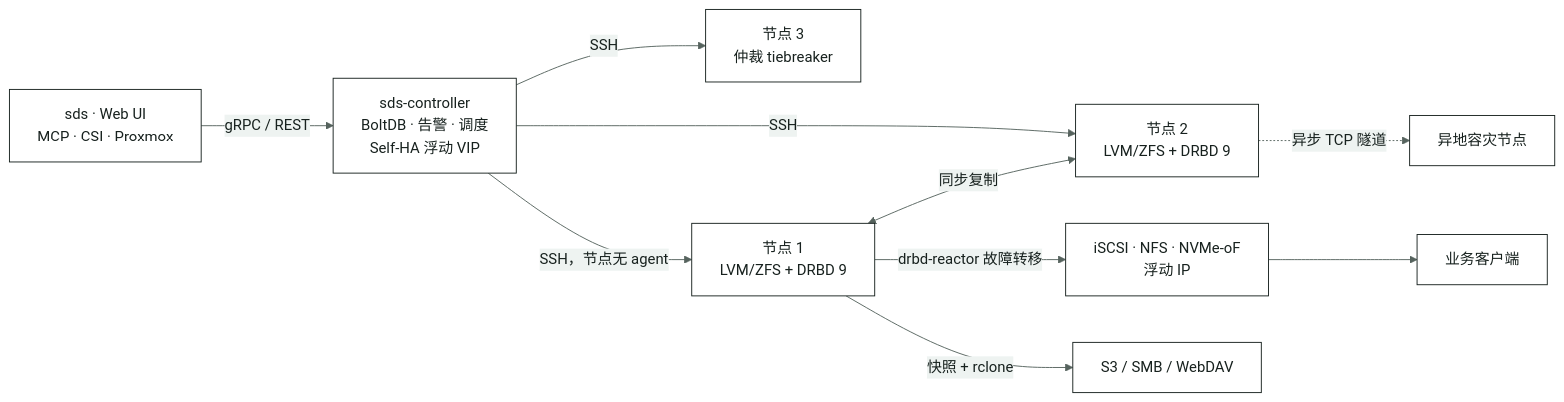
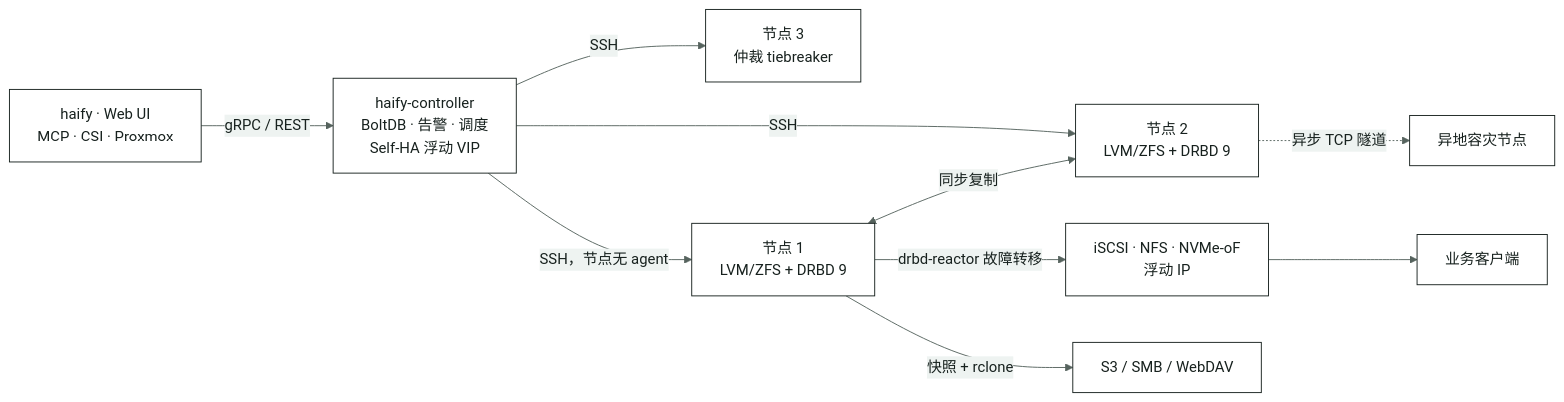
The diagram in docs/img/architecture-cn.mmd (haify-project/sds), drawn with Mermaid before and after one commit. The commit also changed 759 other files, not shown here.

Commit message:
Rename SDS to Haify throughout: commands, binaries, packages, identifiers, paths and the landing page

```diff
--- a/docs/img/architecture-cn.mmd
+++ b/docs/img/architecture-cn.mmd
@@ -1,13 +1,13 @@
 %%{init: {"theme": "base", "flowchart": {"curve": "basis", "wrappingWidth": 400}, "themeVariables": {"primaryColor": "#ffffff", "primaryBorderColor": "#17211e", "primaryTextColor": "#17211e", "lineColor": "#56635e", "edgeLabelBackground": "#eef3f1"}}}%%
 %% Source of architecture-cn.png. Regenerate with:
 %%   npx -p @mermaid-js/mermaid-cli mmdc -i architecture-cn.mmd -o architecture-cn.png -b white -s 2
 flowchart LR
-    clients["sds · Web UI<br>MCP · CSI · Proxmox"] -- gRPC / REST --> ctl["sds-controller<br>BoltDB · 告警 · 调度<br>Self-HA 浮动 VIP"]
+    clients["haify · Web UI<br>MCP · CSI · Proxmox"] -- gRPC / REST --> ctl["haify-controller<br>BoltDB · 告警 · 调度<br>Self-HA 浮动 VIP"]
     ctl -- SSH --> n2["节点 2<br>LVM/ZFS + DRBD 9"]
     ctl -- SSH --> n3["节点 3<br>仲裁 tiebreaker"]
     ctl -- "SSH，节点无 agent" --> n1["节点 1<br>LVM/ZFS + DRBD 9"]
     n1 <-- 同步复制 --> n2
     n2 -. 异步 TCP 隧道 .-> dr["异地容灾节点"]
     n1 -- drbd-reactor 故障转移 --> gw["iSCSI · NFS · NVMe-oF<br>浮动 IP"]
     gw --> app["业务客户端"]
     n1 -- 快照 + rclone --> bk["S3 / SMB / WebDAV"]
```
